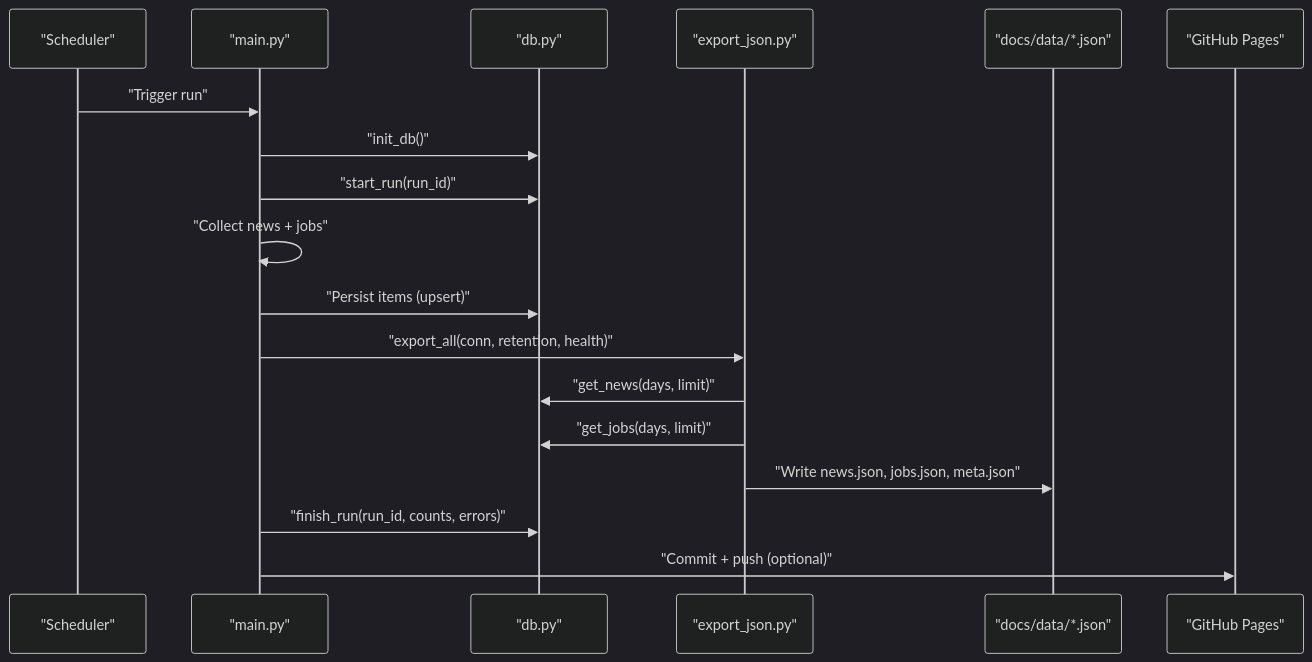
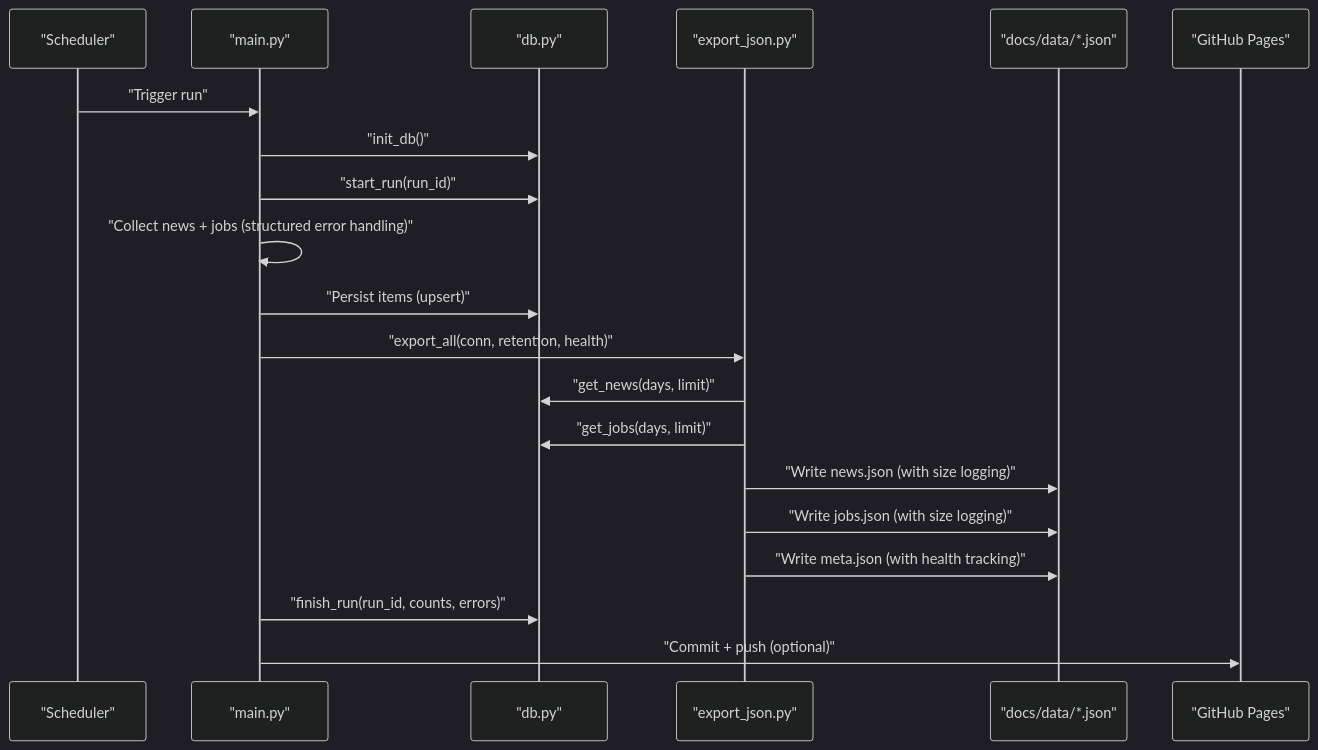
One commit to shakthi-vinayak/news changed the second of 6 diagrams in .qoder/repowiki/en/content/Data Management/JSON Export System.md. Above: the diagram before and after it, drawn with Mermaid (dark theme). The commit also changed other lines of this file and 37 other files, not shown here.

````diff
--- a/.qoder/repowiki/en/content/Data Management/JSON Export System.md
+++ b/.qoder/repowiki/en/content/Data Management/JSON Export System.md
@@ -116,20 +129,22 @@
 ```mermaid
 sequenceDiagram
 participant Scheduler as "Scheduler"
 participant Worker as "main.py"
 participant DB as "db.py"
 participant Export as "export_json.py"
 participant FS as "docs/data/*.json"
 participant Pages as "GitHub Pages"
 Scheduler->>Worker : "Trigger run"
 Worker->>DB : "init_db()"
 Worker->>DB : "start_run(run_id)"
-Worker->>Worker : "Collect news + jobs"
+Worker->>Worker : "Collect news + jobs (structured error handling)"
 Worker->>DB : "Persist items (upsert)"
 Worker->>Export : "export_all(conn, retention, health)"
 Export->>DB : "get_news(days, limit)"
 Export->>DB : "get_jobs(days, limit)"
-Export->>FS : "Write news.json, jobs.json, meta.json"
+Export->>FS : "Write news.json (with size logging)"
+Export->>FS : "Write jobs.json (with size logging)"
+Export->>FS : "Write meta.json (with health tracking)"
 Worker->>DB : "finish_run(run_id, counts, errors)"
 Worker->>Pages : "Commit + push (optional)"
 ```
````
